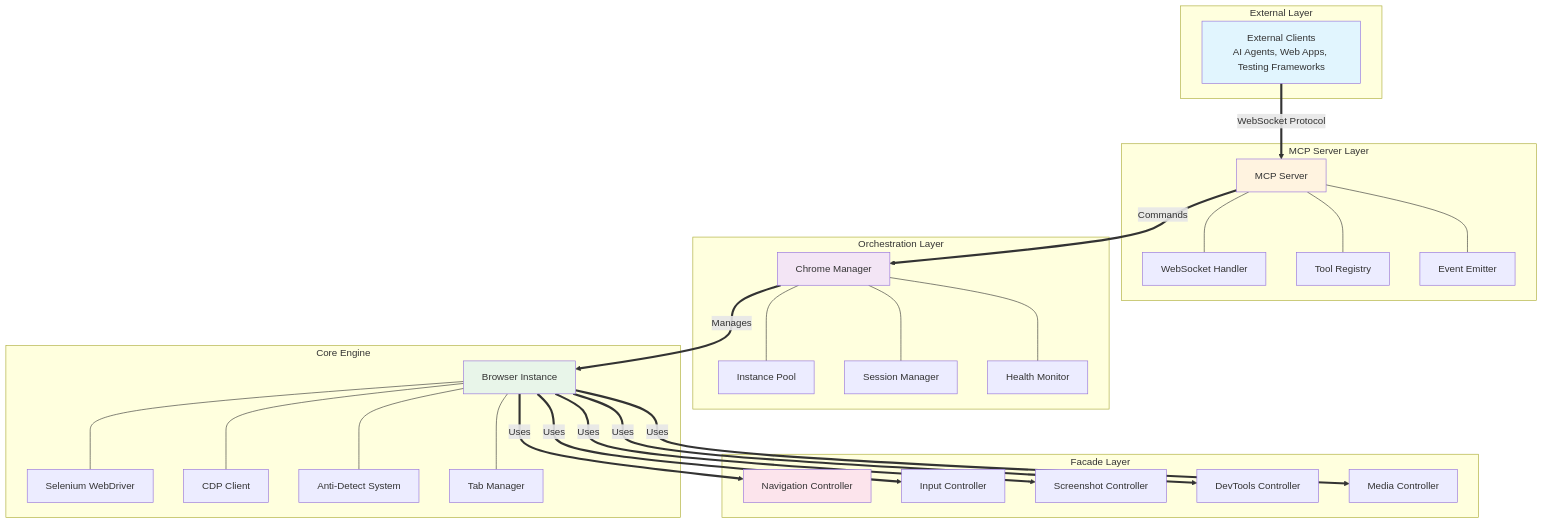
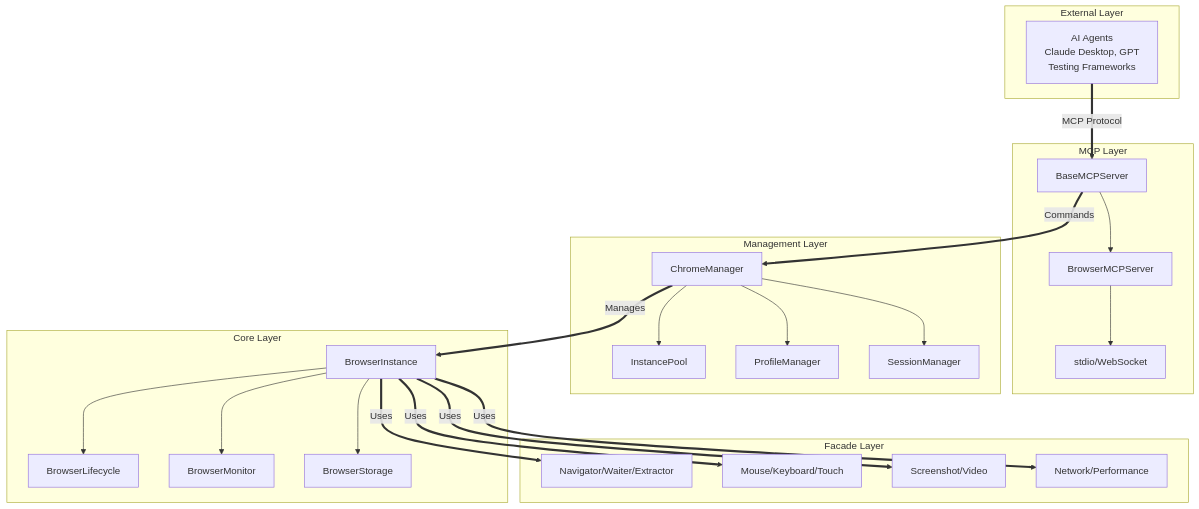
The first of 2 diagrams in docs/ARCHITECTURE.md (Independent-AI-Labs/AMI-WEB), drawn with Mermaid before and after one commit. The commit also changed other lines of this file, not shown here.

````diff
--- a/docs/ARCHITECTURE.md
+++ b/docs/ARCHITECTURE.md
@@ -23,61 +23,49 @@
 ```mermaid
 graph TB
     subgraph "External Layer"
-        Clients["External Clients<br/>AI Agents, Web Apps, Testing Frameworks"]
+        Clients["AI Agents<br/>Claude Desktop, GPT<br/>Testing Frameworks"]
     end
     
-    subgraph "MCP Server Layer"
-        MCP[MCP Server]
-        WSHandler[WebSocket Handler]
-        ToolReg[Tool Registry]  
-        EventEmit[Event Emitter]
-        MCP --- WSHandler
-        MCP --- ToolReg
-        MCP --- EventEmit
+    subgraph "MCP Layer"
+        MCP[BaseMCPServer]
+        Browser[BrowserMCPServer]
+        Transport[stdio/WebSocket]
+        MCP --> Browser
+        Browser --> Transport
     end
     
-    subgraph "Orchestration Layer"
-        CM[Chrome Manager]
-        Pool[Instance Pool]
-        SessionMgr[Session Manager]
-        HealthMon[Health Monitor]
-        CM --- Pool
-        CM --- SessionMgr
-        CM --- HealthMon
+    subgraph "Management Layer"
+        CM[ChromeManager]
+        Pool[InstancePool]
+        ProfileMgr[ProfileManager]
+        SessionMgr[SessionManager]
+        CM --> Pool
+        CM --> ProfileMgr
+        CM --> SessionMgr
     end
     
-    subgraph "Core Engine"
-        BI[Browser Instance]
-        WebDriver[Selenium WebDriver]
-        CDP[CDP Client]
-        AntiDetect[Anti-Detect System]
-        TabMgr[Tab Manager]
-        BI --- WebDriver
-        BI --- CDP
-        BI --- AntiDetect
-        BI --- TabMgr
+    subgraph "Core Layer"
+        BI[BrowserInstance]
+        Lifecycle[BrowserLifecycle]
+        Monitor[BrowserMonitor]
+        Storage[BrowserStorage]
+        BI --> Lifecycle
+        BI --> Monitor
+        BI --> Storage
     end
     
     subgraph "Facade Layer"
-        Nav[Navigation Controller]
-        Input[Input Controller]
-        Screen[Screenshot Controller]
-        DevTools[DevTools Controller]
-        Media[Media Controller]
+        Nav[Navigator/Waiter/Extractor]
+        Input[Mouse/Keyboard/Touch]
+        Media[Screenshot/Video]
+        DevTools[Network/Performance]
     end
     
-    Clients ==>|WebSocket Protocol| MCP
+    Clients ==>|MCP Protocol| MCP
     MCP ==>|Commands| CM
     CM ==>|Manages| BI
     BI ==>|Uses| Nav
     BI ==>|Uses| Input
-    BI ==>|Uses| Screen
+    BI ==>|Uses| Media
     BI ==>|Uses| DevTools
-    BI ==>|Uses| Media
-    
-    style Clients fill:#e1f5fe
-    style MCP fill:#fff3e0
-    style CM fill:#f3e5f5
-    style BI fill:#e8f5e9
-    style Nav fill:#fce4ec
 ```
````
